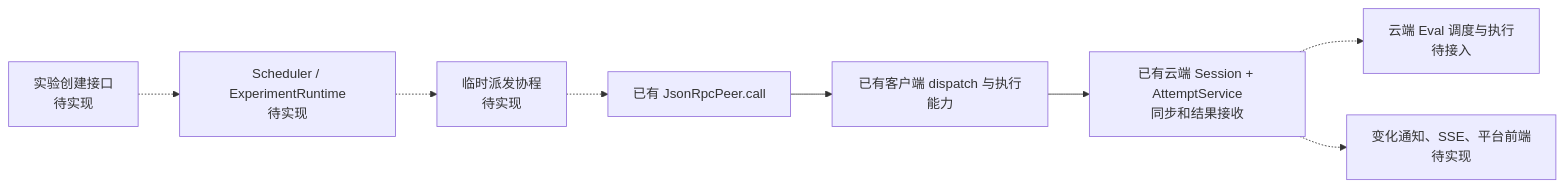
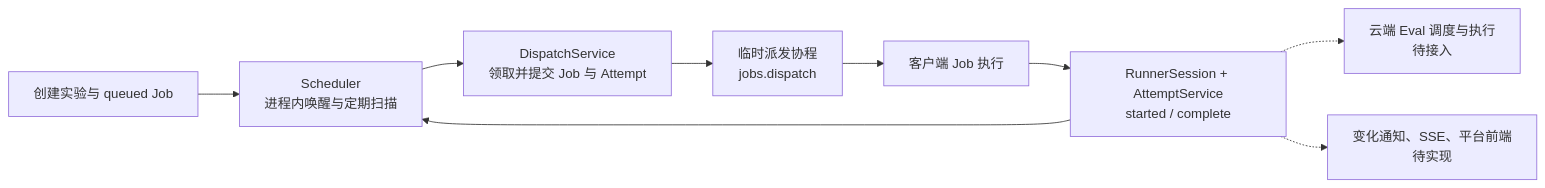
The tenth of 10 diagrams in docs/当前项目架构图解.md (qinghuan136/EvalForge), drawn with Mermaid before and after one commit. The commit also changed other lines of this file and 17 other files, not shown here.

````diff
--- a/docs/当前项目架构图解.md
+++ b/docs/当前项目架构图解.md
@@ -279,10 +279,11 @@
 ```mermaid
 flowchart LR
-    API["实验创建接口<br/>待实现"] -.-> Scheduler["Scheduler / ExperimentRuntime<br/>待实现"]
-    Scheduler -.-> Dispatch["临时派发协程<br/>待实现"]
-    Dispatch -.-> Peer["已有 JsonRpcPeer.call"]
-    Peer --> Client["已有客户端 dispatch 与执行能力"]
-    Client --> Ingest["已有云端 Session + AttemptService<br/>同步和结果接收"]
+    API["创建实验与 queued Job"] --> Scheduler["Scheduler<br/>进程内唤醒与定期扫描"]
+    Scheduler --> Claim["DispatchService<br/>领取并提交 Job 与 Attempt"]
+    Claim --> Peer["临时派发协程<br/>jobs.dispatch"]
+    Peer --> Client["客户端 Job 执行"]
+    Client --> Ingest["RunnerSession + AttemptService<br/>started / complete"]
+    Ingest --> Scheduler
     Ingest -.-> Eval["云端 Eval 调度与执行<br/>待接入"]
     Ingest -.-> UI["变化通知、SSE、平台前端<br/>待实现"]
 ```
````
